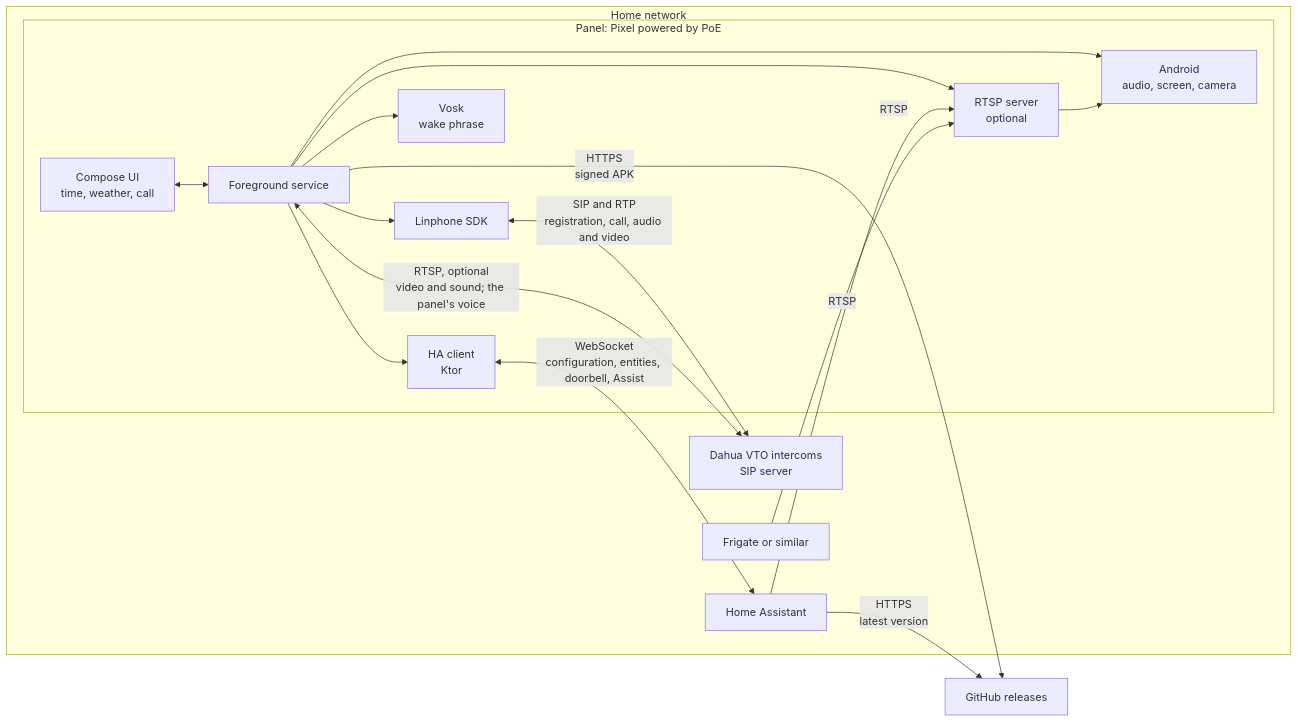
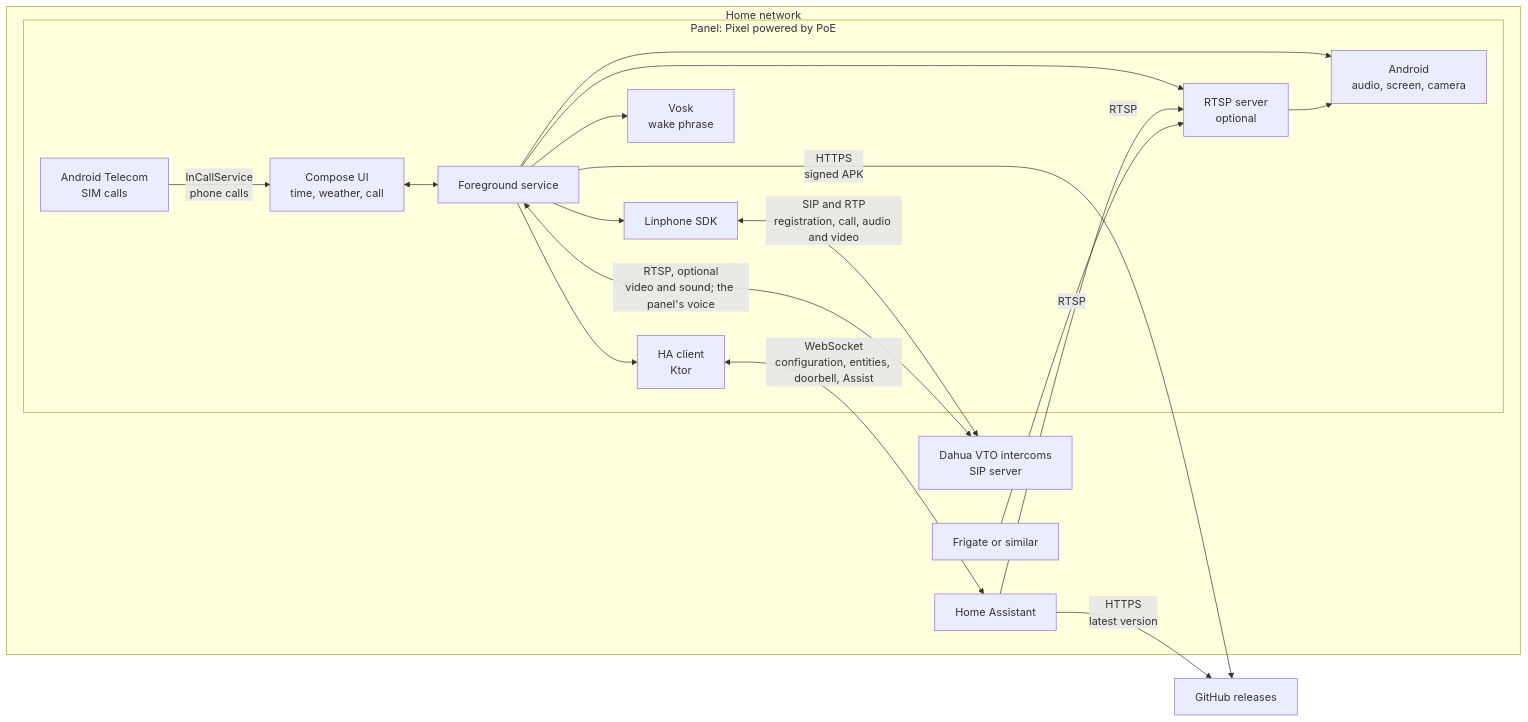
The diagram in README.md (xoadev/marc2d), drawn with Mermaid before and after one commit. The commit also changed other lines of this file and 10 other files, not shown here.

First line of the commit message:
feat: Show the SIM's phone calls on the call screen

````diff
--- a/README.md
+++ b/README.md
@@ -43,32 +44,34 @@
 ```mermaid
 flowchart LR
     subgraph home["Home network"]
         subgraph panel["Panel: Pixel powered by PoE"]
             ui["Compose UI<br/>time, weather, call"]
             svc["Foreground service"]
             sip["Linphone SDK"]
             hac["HA client<br/>Ktor"]
             rtsp["RTSP server<br/>optional"]
             voice["Vosk<br/>wake phrase"]
             sys["Android<br/>audio, screen, camera"]
+            tel["Android Telecom<br/>SIM calls"]
         end
         vto["Dahua VTO intercoms<br/>SIP server"]
         ha["Home Assistant"]
         frigate["Frigate or similar"]
     end
 
     ui <--> svc
     svc --> sip
     svc --> hac
     svc --> rtsp
     svc --> voice
     svc --> sys
+    tel -- "InCallService<br/>phone calls" --> ui
     rtsp --> sys
     sip <-- "SIP and RTP<br/>registration, call, audio and video" --> vto
     svc <-- "RTSP, optional<br/>video and sound; the panel's voice" --> vto
     hac <-- "WebSocket<br/>configuration, entities, doorbell, Assist" --> ha
     ha -- "RTSP" --> rtsp
     frigate -- "RTSP" --> rtsp
     ha -- "HTTPS<br/>latest version" --> github["GitHub releases"]
     svc -- "HTTPS<br/>signed APK" --> github
 ```
````
